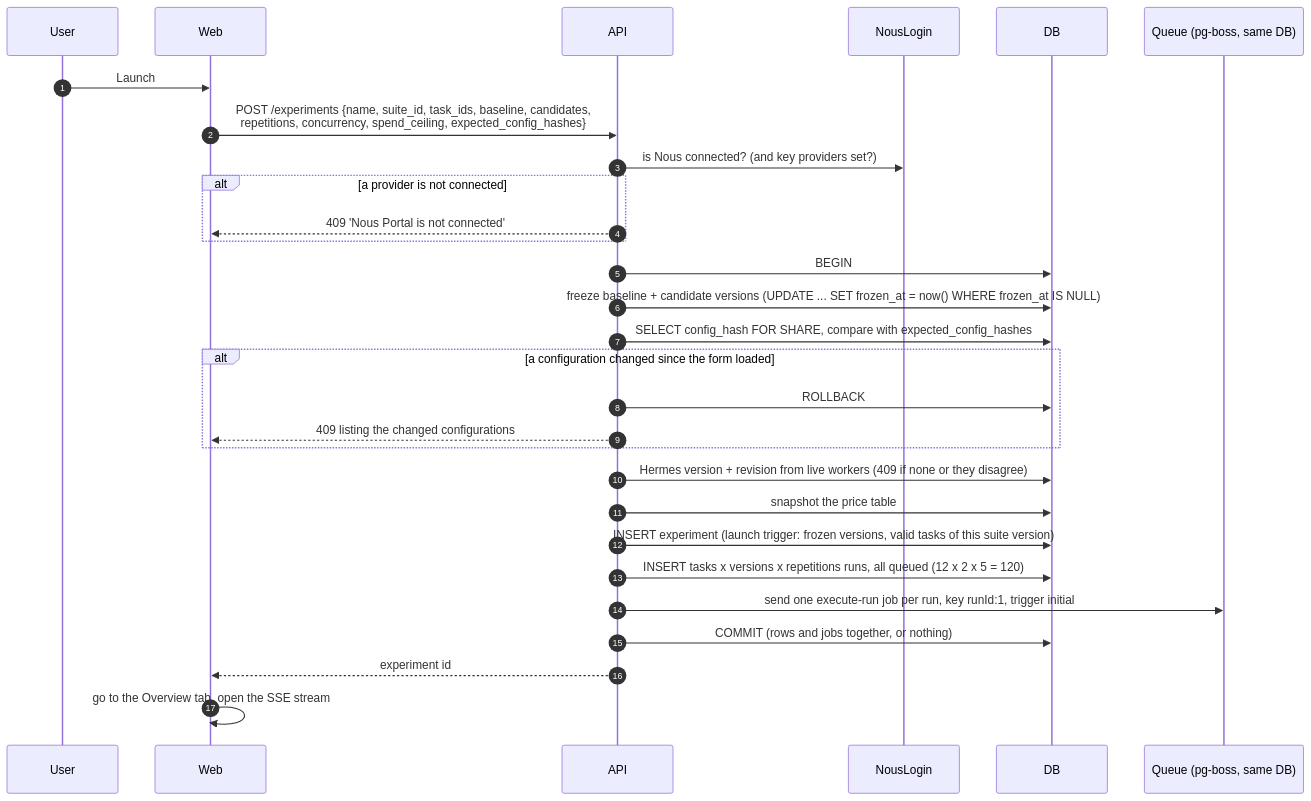
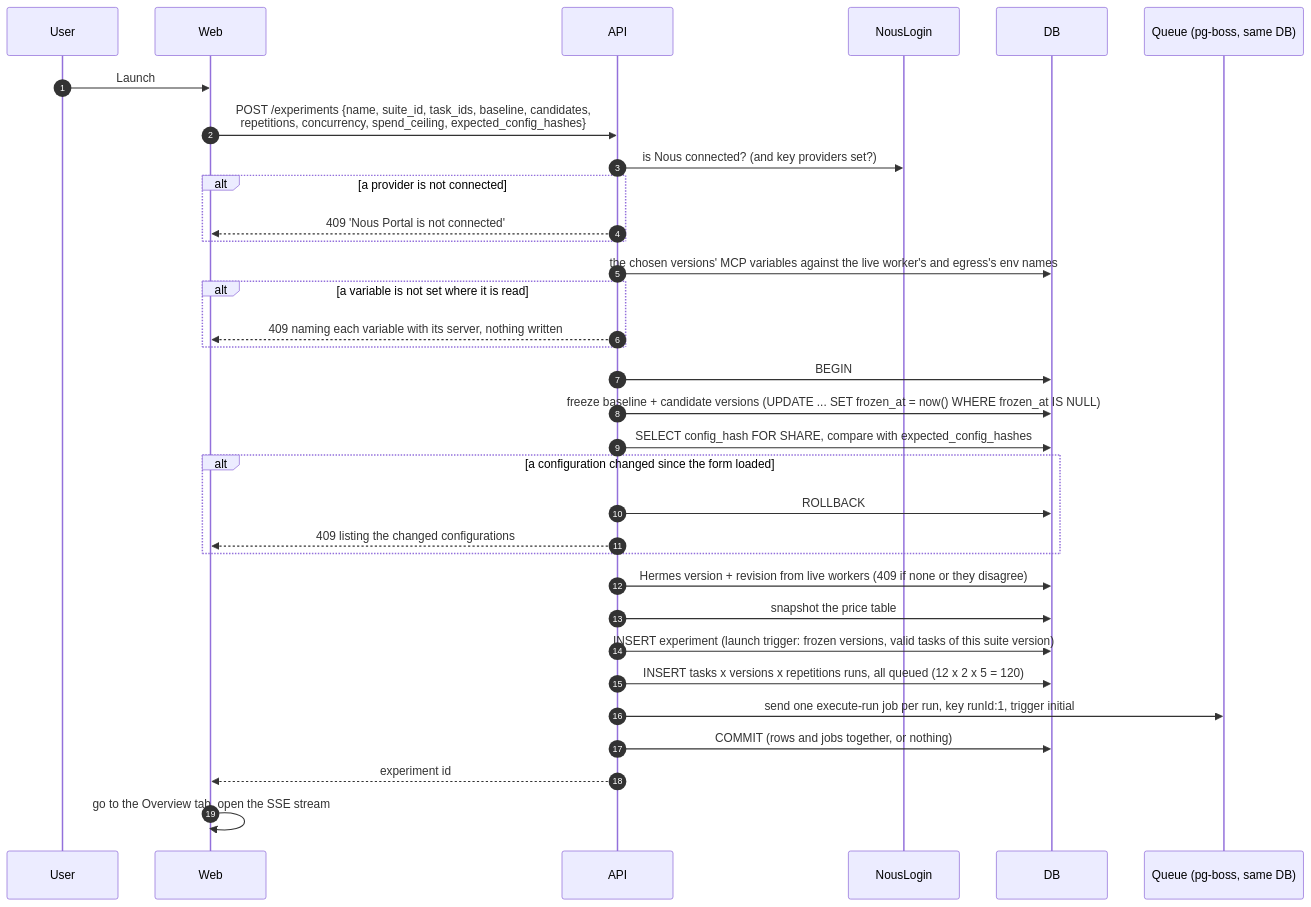
One commit to sasuke007/hermes-evals changed diagram 24 of 38 in UI_FLOWS.md. Above: the diagram before and after it, drawn with Mermaid. The commit also changed other lines of this file and 256 other files, not shown here.

````diff
--- a/UI_FLOWS.md
+++ b/UI_FLOWS.md
@@ -858,32 +866,36 @@
 ```mermaid
 sequenceDiagram
   autonumber
   participant U as User
   participant W as Web
   participant A as API
   participant NL as NousLogin
   participant DB as DB
   participant Q as Queue (pg-boss, same DB)
 
   U->>W: Launch
   W->>A: POST /experiments {name, suite_id, task_ids, baseline, candidates,<br/>repetitions, concurrency, spend_ceiling, expected_config_hashes}
   A->>NL: is Nous connected? (and key providers set?)
   alt a provider is not connected
     A-->>W: 409 'Nous Portal is not connected'
+  end
+  A->>DB: the chosen versions' MCP variables against the live worker's and egress's env names
+  alt a variable is not set where it is read
+    A-->>W: 409 naming each variable with its server, nothing written
   end
   A->>DB: BEGIN
   A->>DB: freeze baseline + candidate versions (UPDATE ... SET frozen_at = now() WHERE frozen_at IS NULL)
   A->>DB: SELECT config_hash FOR SHARE, compare with expected_config_hashes
   alt a configuration changed since the form loaded
     A->>DB: ROLLBACK
     A-->>W: 409 listing the changed configurations
   end
   A->>DB: Hermes version + revision from live workers (409 if none or they disagree)
   A->>DB: snapshot the price table
   A->>DB: INSERT experiment (launch trigger: frozen versions, valid tasks of this suite version)
   A->>DB: INSERT tasks x versions x repetitions runs, all queued (12 x 2 x 5 = 120)
   A->>Q: send one execute-run job per run, key runId:1, trigger initial
   A->>DB: COMMIT (rows and jobs together, or nothing)
   A-->>W: experiment id
   W->>W: go to the Overview tab, open the SSE stream
 ```
````
